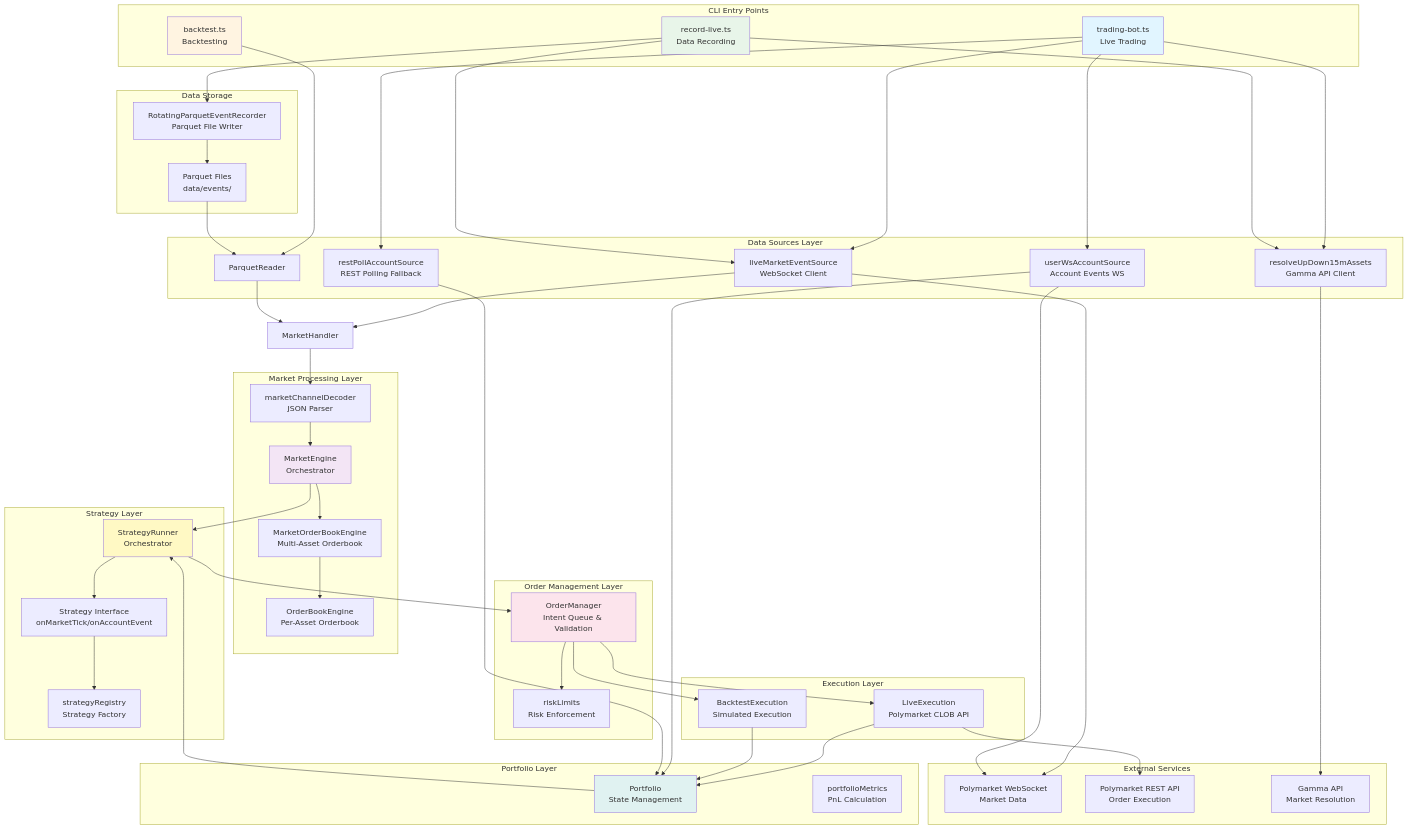
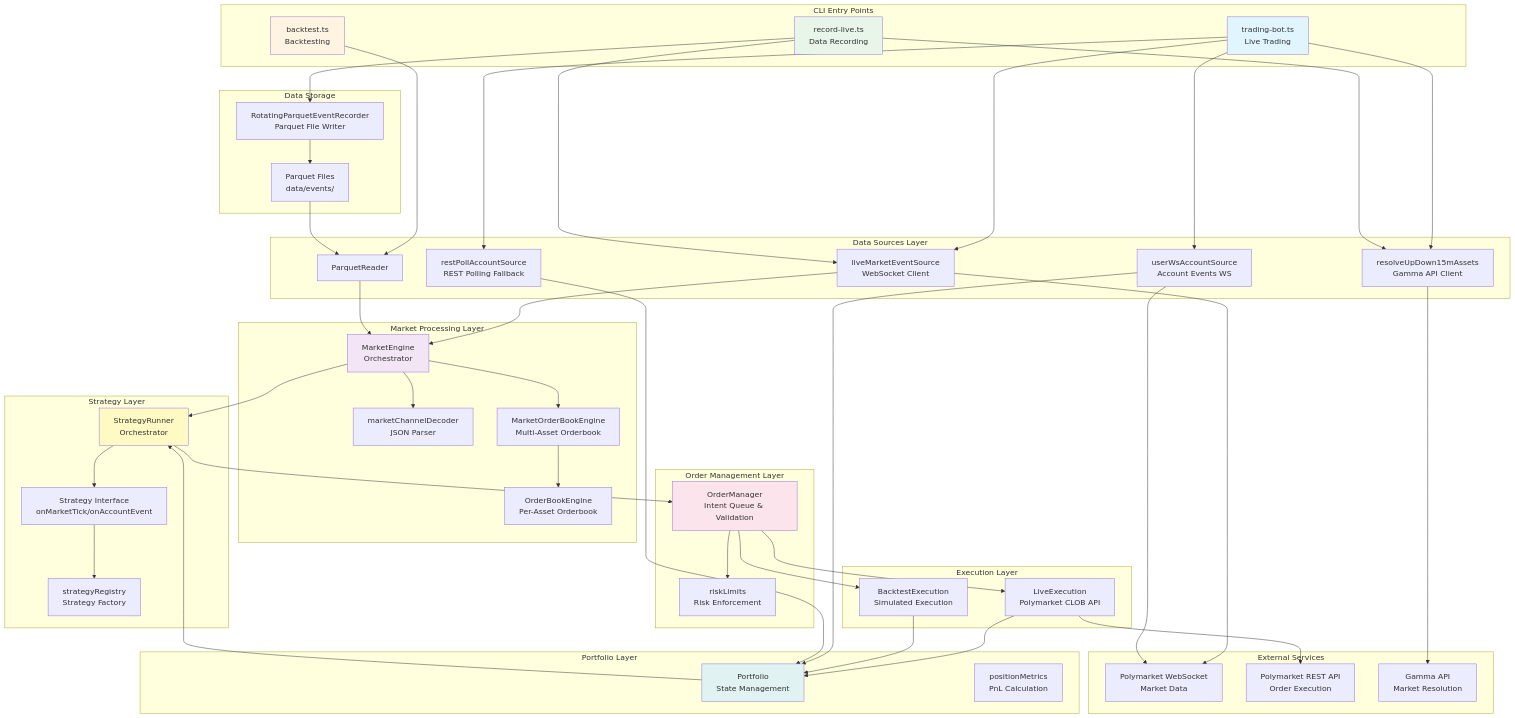
Before and after one commit to ivanmijatovic89/polymarket-bot: the first of 2 diagrams in docs/other/architecture.md, drawn with Mermaid. The commit also changed other lines of this file and 23 other files, not shown here.

```diff
--- a/docs/other/architecture.md
+++ b/docs/other/architecture.md
@@ -43,7 +43,7 @@
 
     subgraph "Portfolio Layer"
         Portfolio[ Portfolio<br/>State Management ]
-        PortfolioMetrics[ portfolioMetrics<br/>PnL Calculation ]
+        PortfolioMetrics[ positionMetrics<br/>PnL Calculation ]
     end
 
     subgraph "Data Storage"
@@ -67,10 +67,9 @@
     RecordLive --> GammaAPI
 
     %% Data Sources to Market Processing
-    LiveWS --> MarketHandler
-    ParquetReplay --> MarketHandler
-    MarketHandler --> Decoder
-    Decoder --> MarketEngine
+    LiveWS --> MarketEngine
+    ParquetReplay --> MarketEngine
+    MarketEngine --> Decoder
     MarketEngine --> OrderBookEngine
     OrderBookEngine --> SingleBook
 
```
